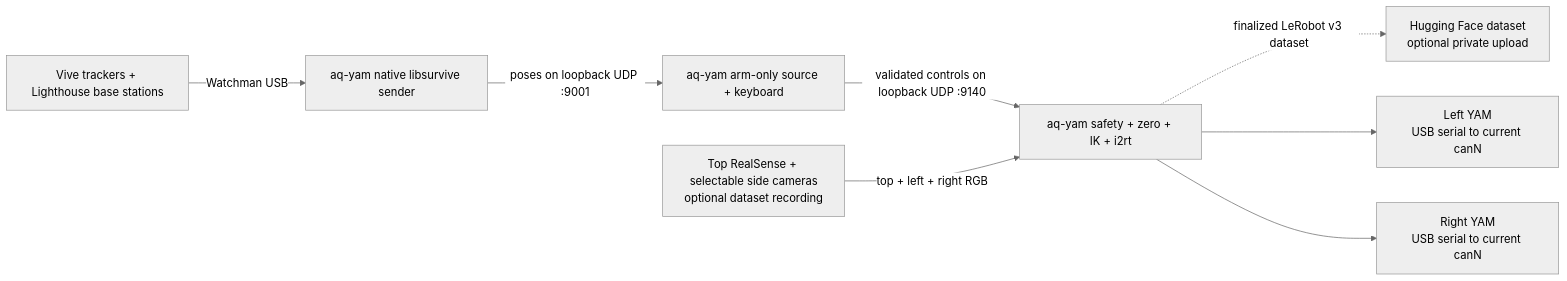
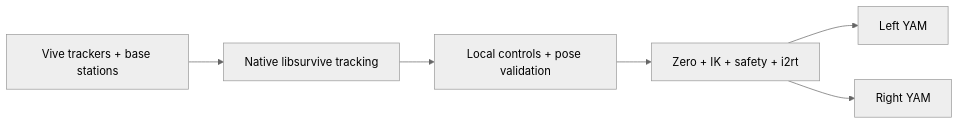
The diagram in README.md (AfterQuery-Research/umi-teleop), drawn with Mermaid (neutral theme) before and after one commit. The commit also changed other lines of this file and 8 other files, not shown here.

````diff
--- a/README.md
+++ b/README.md
@@ -12,18 +12,12 @@
 ```mermaid
 flowchart LR
-    V["Vive trackers + Lighthouse base stations"]
-    N["aq-yam native libsurvive sender"]
-    S["aq-yam arm-only source + keyboard"]
-    Y["aq-yam safety + zero + IK + i2rt"]
-    C["Top RealSense + selectable side cameras<br/>optional dataset recording"]
-    H["Hugging Face dataset<br/>optional private upload"]
-    L["Left YAM<br/>USB serial to current canN"]
-    R["Right YAM<br/>USB serial to current canN"]
-    V -->|"Watchman USB"| N
-    N -->|"poses on loopback UDP :9001"| S
-    S -->|"validated controls on loopback UDP :9140"| Y
-    C -->|"top + left + right RGB"| Y
-    Y -.->|"finalized LeRobot v3 dataset"| H
+    V["Vive trackers + base stations"]
+    T["Native libsurvive tracking"]
+    S["Local controls + pose validation"]
+    Y["Zero + IK + safety + i2rt"]
+    L["Left YAM"]
+    R["Right YAM"]
+    V --> T --> S --> Y
     Y --> L
     Y --> R
 ```
````
